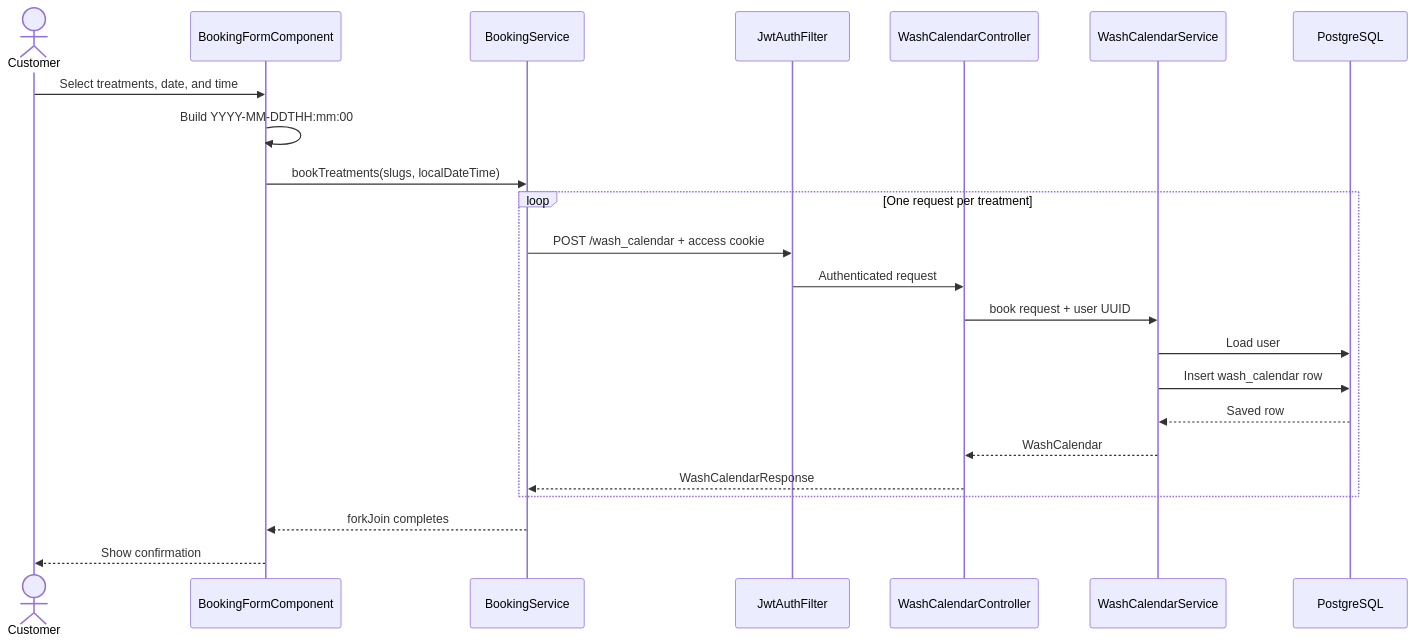
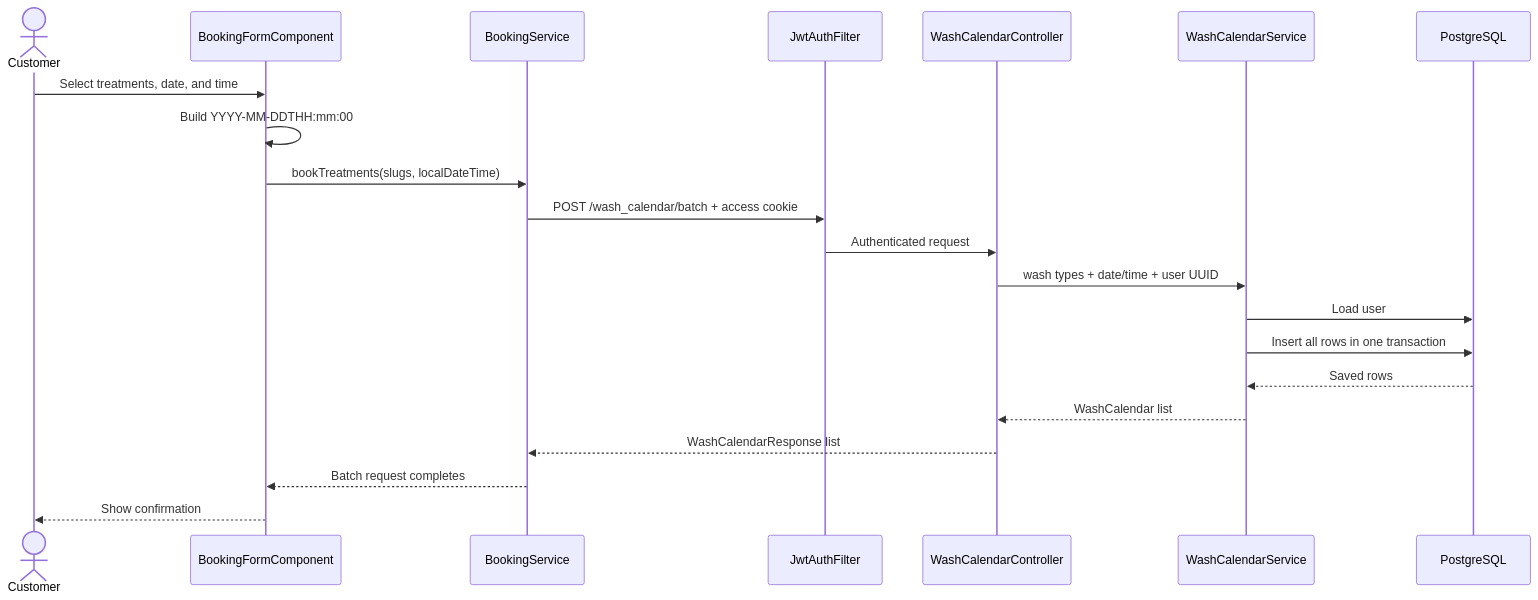
One commit to yassineao/poetsanders changed the ninth of 17 diagrams in README.md. Above: the diagram before and after it, drawn with Mermaid. The commit also changed other lines of this file and 39 other files, not shown here.

````diff
--- a/README.md
+++ b/README.md
@@ -651,28 +697,25 @@
 ```mermaid
 sequenceDiagram
     actor Customer
     participant Form as BookingFormComponent
     participant Client as BookingService
     participant Security as JwtAuthFilter
     participant Controller as WashCalendarController
     participant Service as WashCalendarService
     participant DB as PostgreSQL
 
     Customer->>Form: Select treatments, date, and time
     Form->>Form: Build YYYY-MM-DDTHH:mm:00
     Form->>Client: bookTreatments(slugs, localDateTime)
 
-    loop One request per treatment
-        Client->>Security: POST /wash_calendar + access cookie
-        Security->>Controller: Authenticated request
-        Controller->>Service: book request + user UUID
-        Service->>DB: Load user
-        Service->>DB: Insert wash_calendar row
-        DB-->>Service: Saved row
-        Service-->>Controller: WashCalendar
-        Controller-->>Client: WashCalendarResponse
-    end
-
-    Client-->>Form: forkJoin completes
+    Client->>Security: POST /wash_calendar/batch + access cookie
+    Security->>Controller: Authenticated request
+    Controller->>Service: wash types + date/time + user UUID
+    Service->>DB: Load user
+    Service->>DB: Insert all rows in one transaction
+    DB-->>Service: Saved rows
+    Service-->>Controller: WashCalendar list
+    Controller-->>Client: WashCalendarResponse list
+    Client-->>Form: Batch request completes
     Form-->>Customer: Show confirmation
 ```
````
